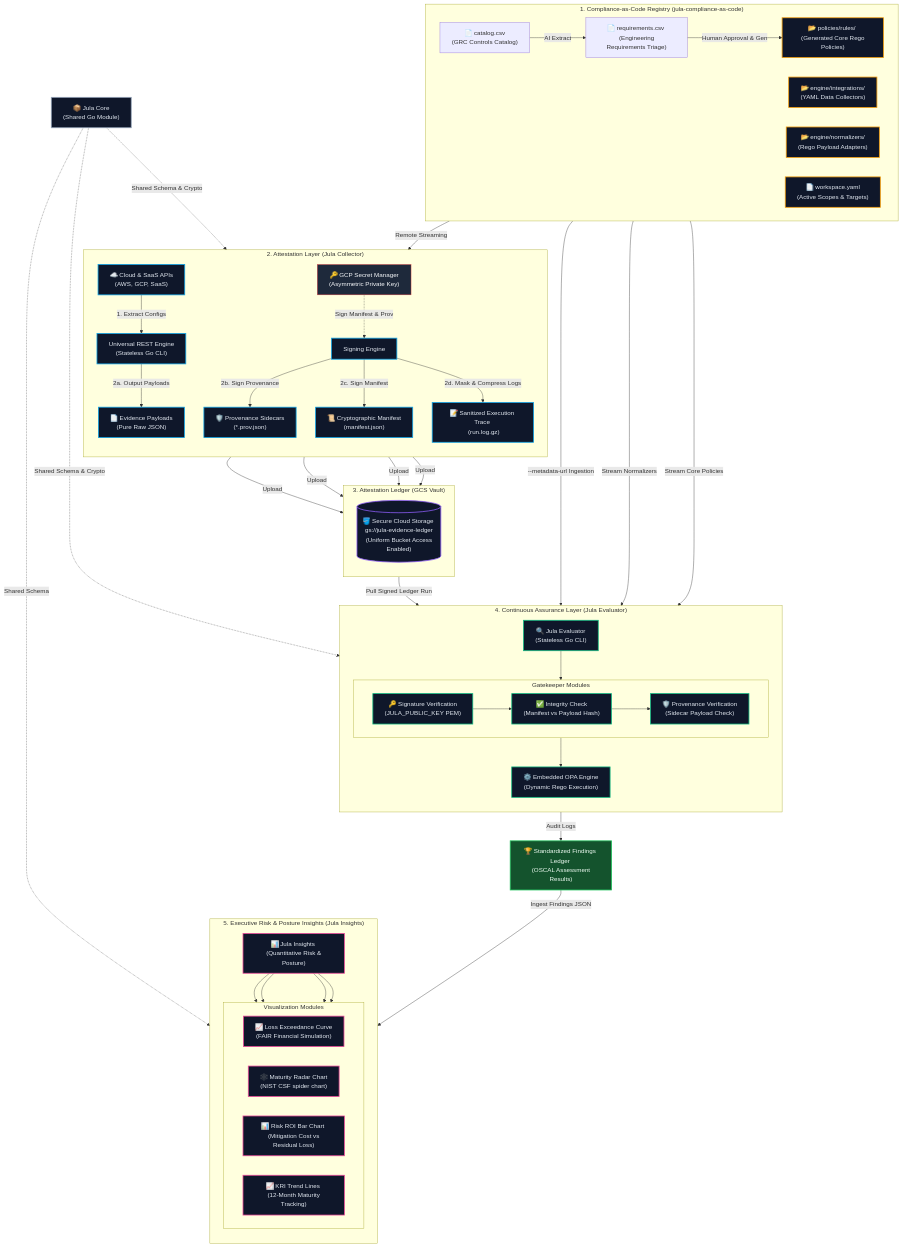
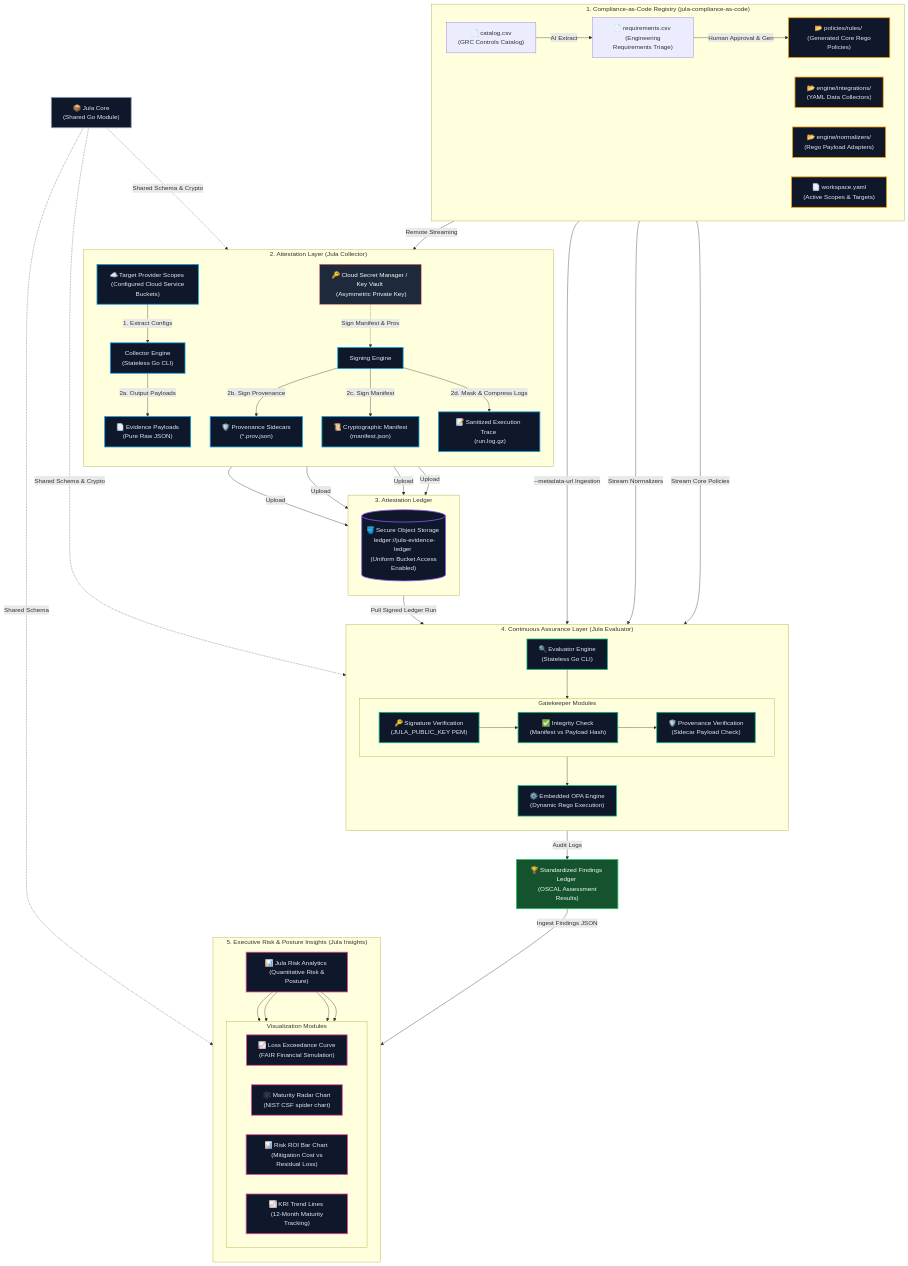
The diagram in README.md (alibkaba/jula), drawn with Mermaid before and after one commit. The commit also changed other lines of this file, not shown here.

Commit message:
docs: update architectural diagrams and terminology for collector and evaluator components in README

```diff
--- a/README.md
+++ b/README.md
@@ -67,17 +67,17 @@
 
     subgraph Phase2 ["2. Attestation Layer (Jula Collector)"]
         direction TB
-        APIs["☁️ Cloud & SaaS APIs <br> (AWS, GCP, SaaS)"] -->|1. Extract Configs| REST["Universal REST Engine <br> (Stateless Go CLI)"]
-        REST -->|2a. Output Payloads| H["📄 Evidence Payloads <br> (Pure Raw JSON)"]
-        KMS["🔑 GCP Secret Manager <br> (Asymmetric Private Key)"] -.->|Sign Manifest & Prov| Sign["Signing Engine"]
+        APIs["☁️ Target Provider Scopes <br> (Configured Cloud Service Buckets)"] -->|1. Extract Configs| JIE["Collector Engine <br> (Stateless Go CLI)"]
+        JIE -->|2a. Output Payloads| H["📄 Evidence Payloads <br> (Pure Raw JSON)"]
+        KMS["🔑 Cloud Secret Manager / Key Vault <br> (Asymmetric Private Key)"] -.->|Sign Manifest & Prov| Sign["Signing Engine"]
         Sign -->|2b. Sign Provenance| P["🛡️ Provenance Sidecars <br> (*.prov.json)"]
         Sign -->|2c. Sign Manifest| M["📜 Cryptographic Manifest <br> (manifest.json)"]
         Sign -->|2d. Mask & Compress Logs| L["📝 Sanitized Execution Trace <br> (run.log.gz)"]
     end
 
-    subgraph Phase3 ["3. Attestation Ledger (GCS Vault)"]
+    subgraph Phase3 ["3. Attestation Ledger"]
         direction TB
-        GCS[("🪣 Secure Cloud Storage <br> gs://jula-evidence-ledger <br> (Uniform Bucket Access Enabled)")]
+        GCS[("🪣 Secure Object Storage <br> ledger://jula-evidence-ledger <br> (Uniform Bucket Access Enabled)")]
         H -->|Upload| GCS
         P -->|Upload| GCS
         M -->|Upload| GCS
@@ -86,7 +86,7 @@
 
     subgraph Phase4 ["4. Continuous Assurance Layer (Jula Evaluator)"]
         direction TB
-        EE["🔍 Jula Evaluator <br> (Stateless Go CLI)"]
+        EE["🔍 Evaluator Engine <br> (Stateless Go CLI)"]
         
         subgraph GK ["Gatekeeper Modules"]
             direction LR
@@ -105,7 +105,7 @@
 
     subgraph Phase5 ["5. Executive Risk & Posture Insights (Jula Insights)"]
         direction TB
-        DB["📊 Jula Insights <br> (Quantitative Risk & Posture)"]
+        DB["📊 Jula Risk Analytics <br> (Quantitative Risk & Posture)"]
         
         subgraph Views ["Visualization Modules"]
             direction LR
@@ -124,12 +124,12 @@
     JC["📦 Jula Core <br> (Shared Go Module)"]
 
     %% Core Data Relationships
-    JC -.->|Shared Schema & Crypto| REST
+    JC -.->|Shared Schema & Crypto| JIE
     JC -.->|Shared Schema & Crypto| EE
     JC -.->|Shared Schema| DB
 
     %% Compliance-as-Code injections
-    PR_Int -->|Remote Streaming| REST
+    PR_Int -->|Remote Streaming| JIE
     Meta -->|--metadata-url Ingestion| EE
     PR_Norm -->|Stream Normalizers| OPA
     PR_Pol -->|Stream Core Policies| OPA
@@ -140,7 +140,7 @@
     Findings -->|Ingest Findings JSON| DB
 
     %% Apply Styles
-    class APIs,REST,H,Sign,P,M,L collector;
+    class APIs,JIE,H,Sign,P,M,L collector;
     class GCS ledger;
     class PR_Int,PR_Norm,PR_Pol,Meta policy;
     class EE,SigCheck,HashCheck,ProvCheck,OPA evaluator;
```
